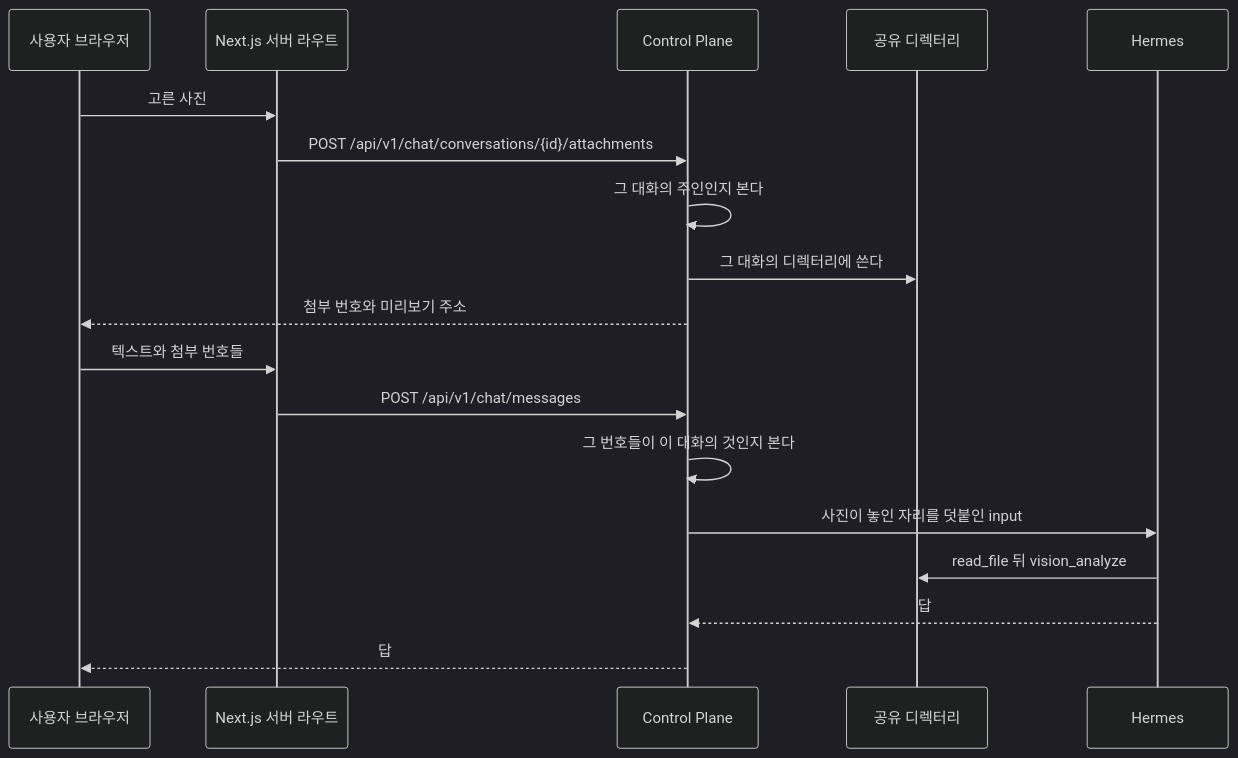
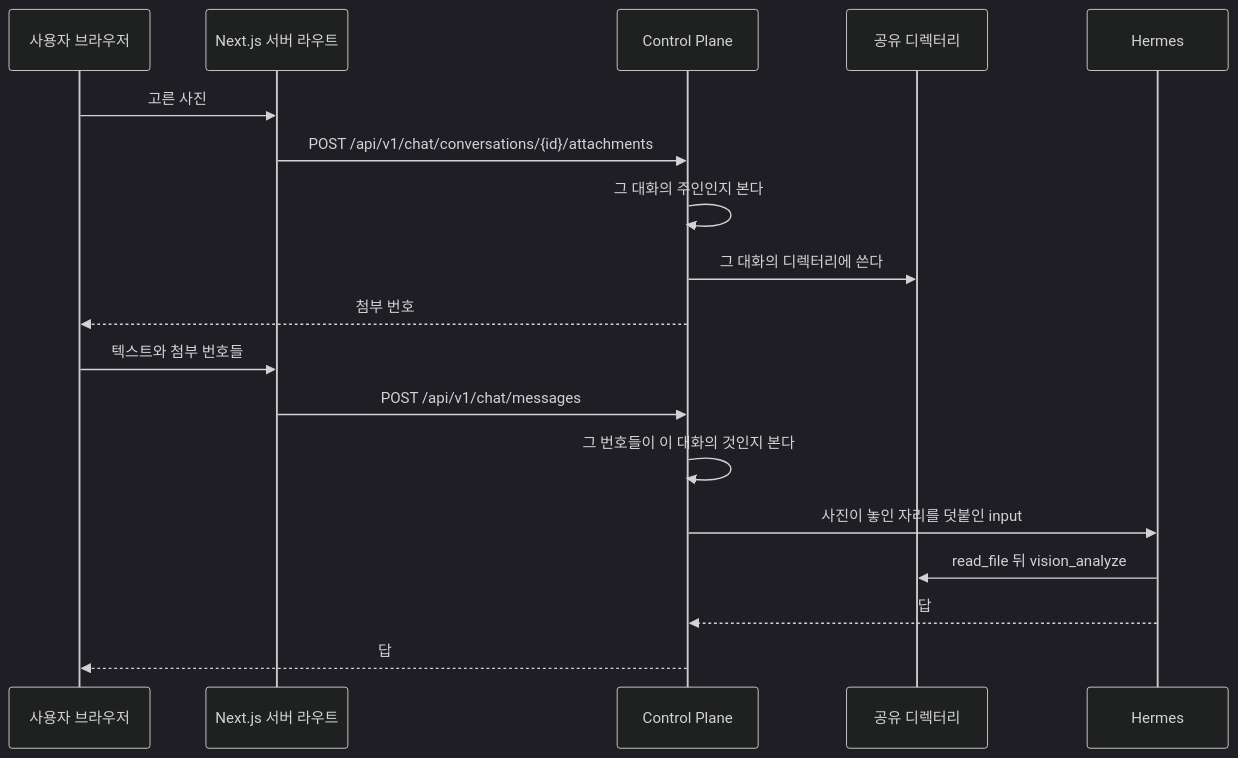
One commit to jon890/fos-assistant changed the fifth of 9 diagrams in docs/flow.md. Above: the diagram before and after it, drawn with Mermaid (dark theme). The commit also changed other lines of this file and 5 other files, not shown here.

````diff
--- a/docs/flow.md
+++ b/docs/flow.md
@@ -189,22 +189,22 @@
 ```mermaid
 sequenceDiagram
     participant U as 사용자 브라우저
     participant W as Next.js 서버 라우트
     participant C as Control Plane
     participant D as 공유 디렉터리
     participant H as Hermes
 
     U->>W: 고른 사진
     W->>C: POST /api/v1/chat/conversations/{id}/attachments
     C->>C: 그 대화의 주인인지 본다
     C->>D: 그 대화의 디렉터리에 쓴다
-    C-->>U: 첨부 번호와 미리보기 주소
+    C-->>U: 첨부 번호
 
     U->>W: 텍스트와 첨부 번호들
     W->>C: POST /api/v1/chat/messages
     C->>C: 그 번호들이 이 대화의 것인지 본다
     C->>H: 사진이 놓인 자리를 덧붙인 input
     H->>D: read_file 뒤 vision_analyze
     H-->>C: 답
     C-->>U: 답
 ```
````
